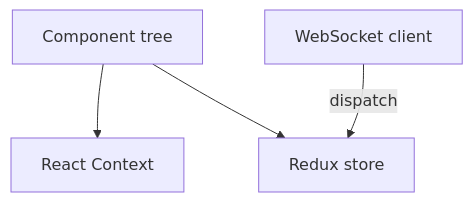
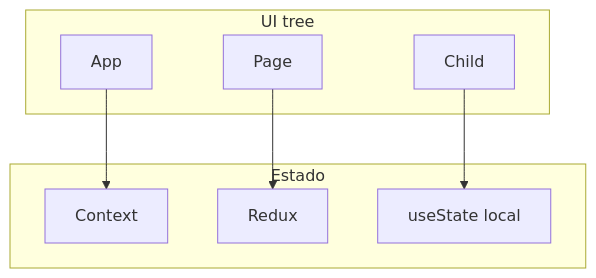
Before and after one commit to tiagocosmai/study-materials: the diagram in frontend/06-react.md, drawn with Mermaid. The commit also changed other lines of this file and 14 other files, not shown here.

````diff
--- a/frontend/06-react.md
+++ b/frontend/06-react.md
@@ -7,10 +7,16 @@
 ```mermaid
 flowchart TB
-  UI[Component tree]
-  CTX[React Context]
-  RTK[Redux store]
-  WS[WebSocket client]
-  UI --> CTX
-  UI --> RTK
-  WS -->|dispatch| RTK
+  subgraph ui[UI tree]
+    A[App]
+    P[Page]
+    C[Child]
+  end
+  subgraph state[Estado]
+    CTX[Context]
+    RTK[Redux]
+    LOC[useState local]
+  end
+  A --> CTX
+  P --> RTK
+  C --> LOC
 ```
````
